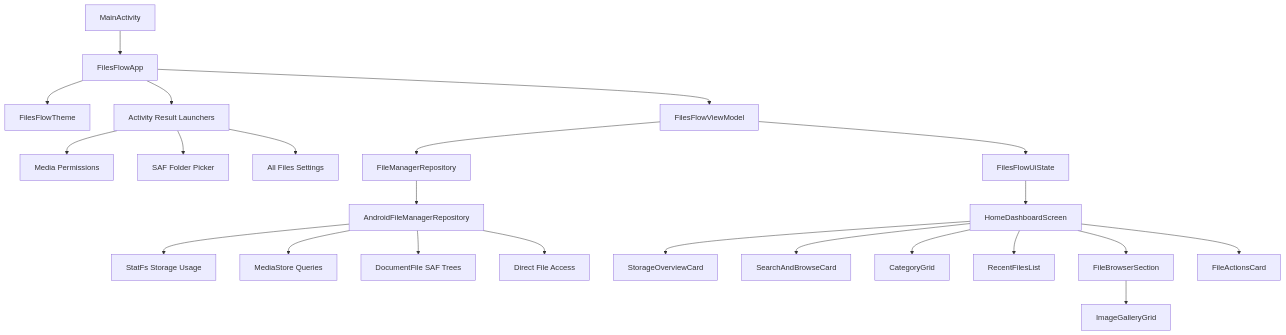
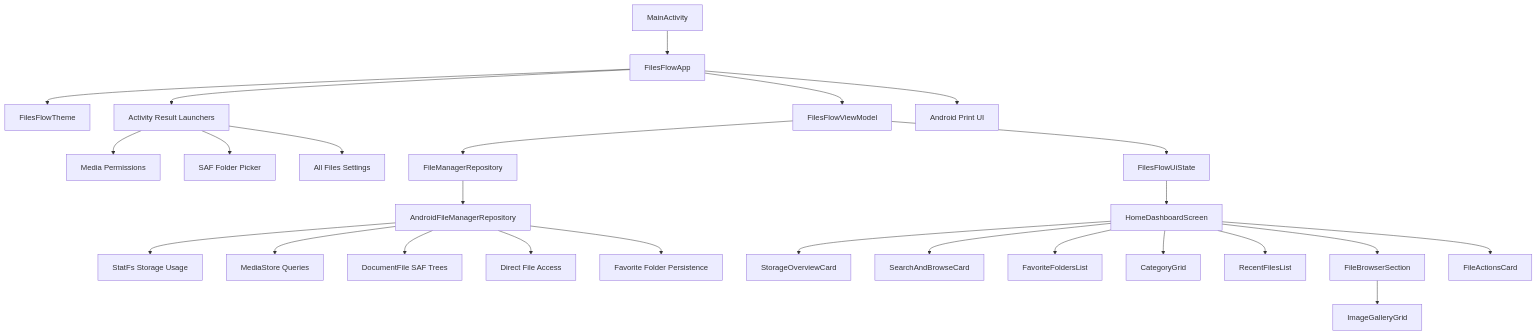
One commit to benclawbot/filesflow changed the diagram in README.md. Above: the diagram before and after it, drawn with Mermaid. The commit also changed other lines of this file and 11 other files, not shown here.

First line of the commit message:
Add print actions and favorite folder destinations

````diff
--- a/README.md
+++ b/README.md
@@ -23,25 +25,28 @@
 ```mermaid
 flowchart TD
     A["MainActivity"] --> B["FilesFlowApp"]
     B --> C["FilesFlowTheme"]
     B --> D["Activity Result Launchers"]
     D --> E["Media Permissions"]
     D --> F["SAF Folder Picker"]
     D --> G["All Files Settings"]
     B --> H["FilesFlowViewModel"]
     H --> I["FileManagerRepository"]
     I --> J["AndroidFileManagerRepository"]
     J --> K["StatFs Storage Usage"]
     J --> L["MediaStore Queries"]
     J --> M["DocumentFile SAF Trees"]
     J --> N["Direct File Access"]
-    H --> O["FilesFlowUiState"]
-    O --> P["HomeDashboardScreen"]
-    P --> Q["StorageOverviewCard"]
-    P --> R["SearchAndBrowseCard"]
-    P --> S["CategoryGrid"]
-    P --> T["RecentFilesList"]
-    P --> U["FileBrowserSection"]
-    U --> W["ImageGalleryGrid"]
-    P --> V["FileActionsCard"]
+    J --> O["Favorite Folder Persistence"]
+    B --> P["Android Print UI"]
+    H --> Q["FilesFlowUiState"]
+    Q --> R["HomeDashboardScreen"]
+    R --> S["StorageOverviewCard"]
+    R --> T["SearchAndBrowseCard"]
+    R --> U["FavoriteFoldersList"]
+    R --> V["CategoryGrid"]
+    R --> W["RecentFilesList"]
+    R --> X["FileBrowserSection"]
+    X --> Y["ImageGalleryGrid"]
+    R --> Z["FileActionsCard"]
 ```
````
